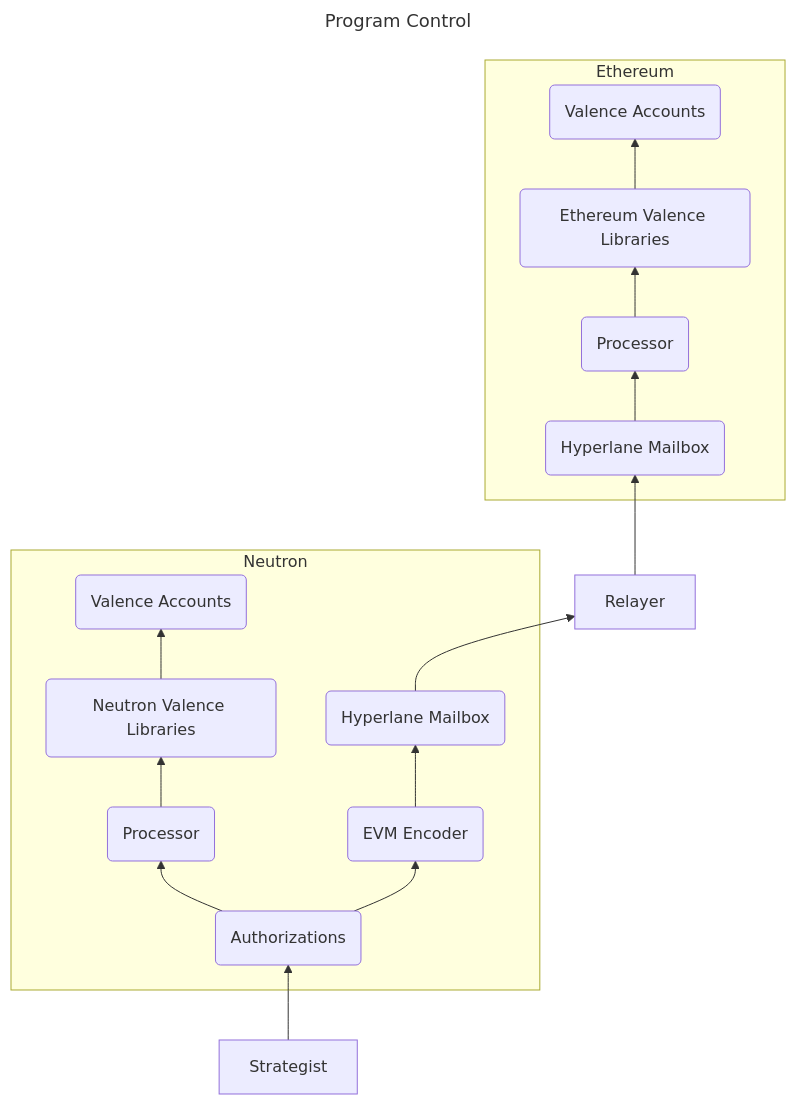
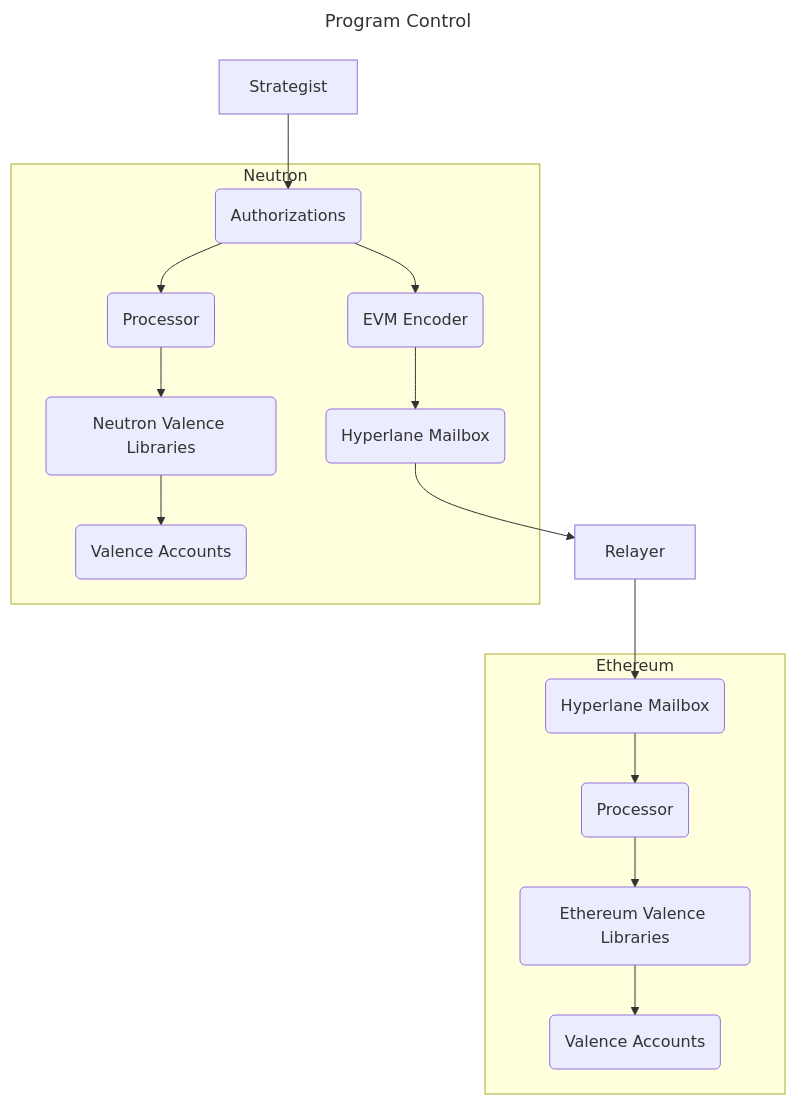
One commit to timewave-computer/valence-protocol changed the second of 6 diagrams in docs/src/examples/crosschain_vaults.md. Above: the diagram before and after it, drawn with Mermaid.

Commit message:
reversed program control diag

````diff
--- a/docs/src/examples/crosschain_vaults.md
+++ b/docs/src/examples/crosschain_vaults.md
@@ -41,25 +41,25 @@
 ```mermaid
 ---
 title: Program Control
 ---
-graph BT
+graph TD
 	Strategist
 	subgraph Ethereum
 		EP(Processor)
 		EHM(Hyperlane Mailbox)
 		EL(Ethereum Valence Libraries)
 		EVA(Valence Accounts)
 	end
 	subgraph Neutron
 		A(Authorizations)
 		NP(Processor)
 		EE(EVM Encoder)
 		NHM(Hyperlane Mailbox)
 		NL(Neutron Valence Libraries)
 		NVA(Valence Accounts)
 	end
 
 	Strategist --> A
 	A --> EE --> NHM --> Relayer --> EHM --> EP --> EL --> EVA
 	A --> NP --> NL--> NVA
 ```
````
